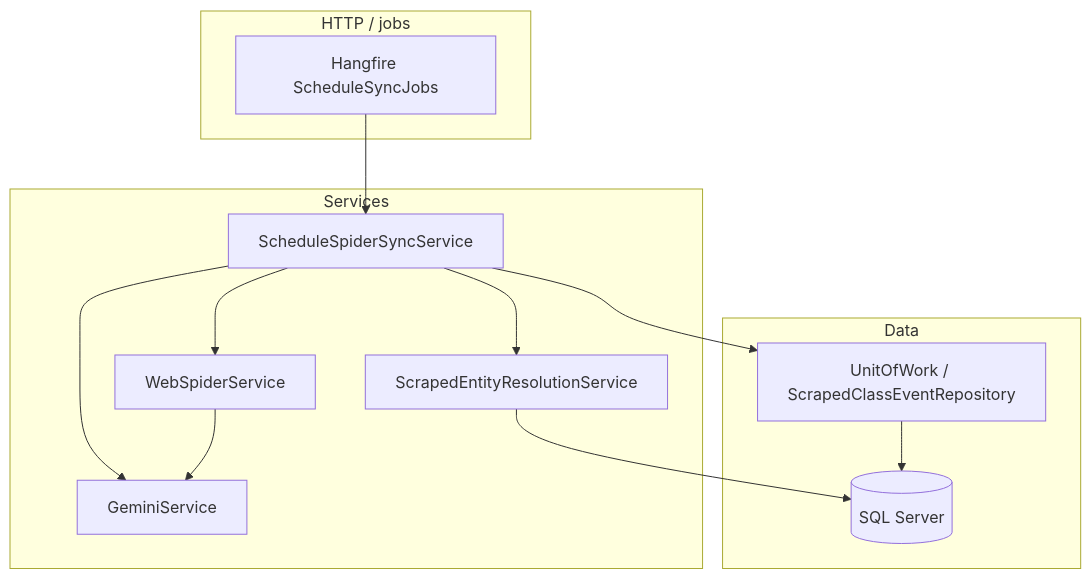
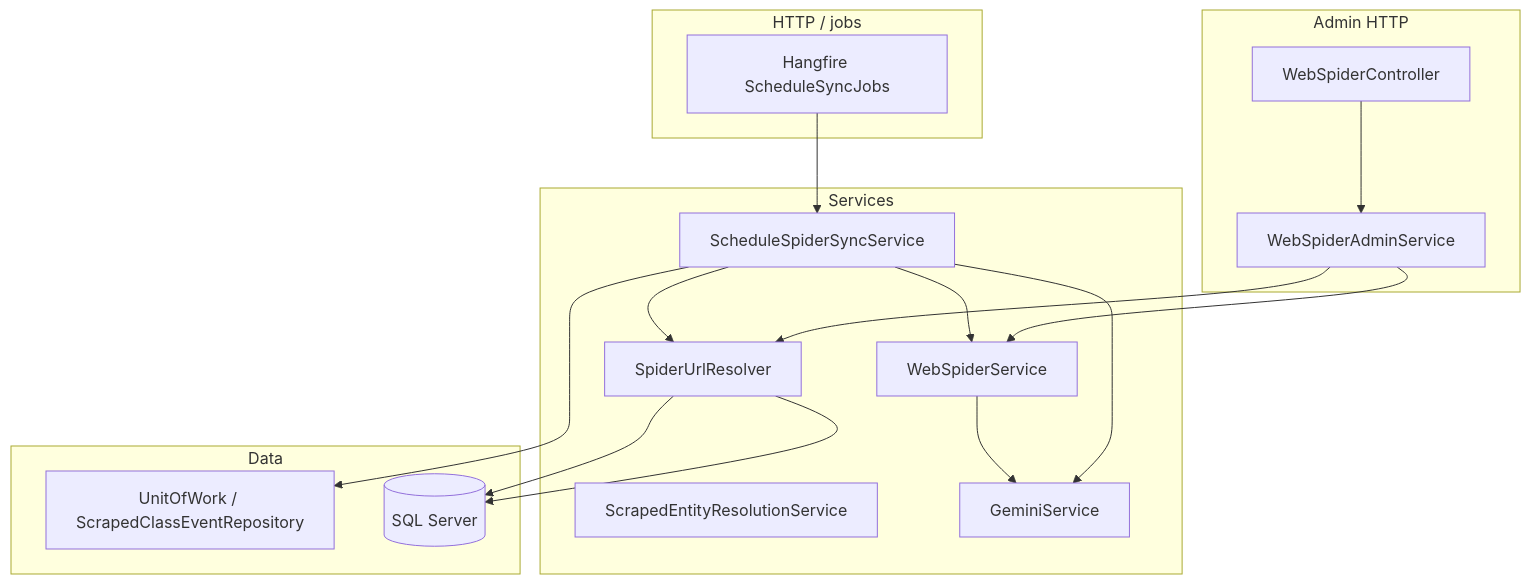
The diagram in docs/WebSpider.md (ArisHorvat/omada-platform), drawn with Mermaid before and after one commit. The commit also changed other lines of this file and 547 other files, not shown here.

````diff
--- a/docs/WebSpider.md
+++ b/docs/WebSpider.md
@@ -23,27 +27,36 @@
 ```mermaid
 flowchart TB
+    subgraph Admin["Admin HTTP"]
+        WC[WebSpiderController]
+        WAS[WebSpiderAdminService]
+    end
+
     subgraph HTTP["HTTP / jobs"]
         HF[Hangfire ScheduleSyncJobs]
     end
 
     subgraph Services["Services"]
         WSS[WebSpiderService]
         SSS[ScheduleSpiderSyncService]
+        SUR[SpiderUrlResolver]
         SER[ScrapedEntityResolutionService]
         GEM[GeminiService]
     end
 
     subgraph Data["Data"]
         UOW[UnitOfWork / ScrapedClassEventRepository]
         DB[(SQL Server)]
     end
 
+    WC --> WAS
+    WAS --> WSS
+    WAS --> SUR
     HF --> SSS
     SSS --> WSS
-    SSS --> SER
+    SSS --> SUR
     SSS --> GEM
     WSS --> GEM
     SSS --> UOW
-    UOW --> DB
-    SER --> DB
+    SUR --> DB
+    SUR --> DB
 ```
````
